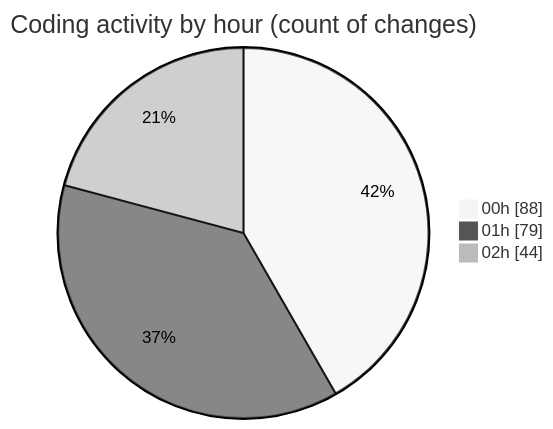
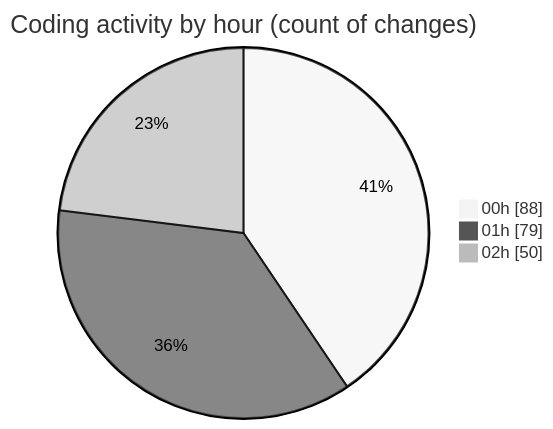
One commit to lephambinh05/code-tracking changed the second of 2 diagrams in 2025-08-16/rentotp/README.md. Above: the diagram before and after it, drawn with Mermaid (neutral theme). The commit also changed other lines of this file and 1 other file, not shown here.

````diff
--- a/2025-08-16/rentotp/README.md
+++ b/2025-08-16/rentotp/README.md
@@ -55,7 +55,7 @@
 ```mermaid
 pie showData
 title Coding activity by hour (count of changes)
 "00h" : 88
 "01h" : 79
-"02h" : 44
+"02h" : 50
 ```
````
